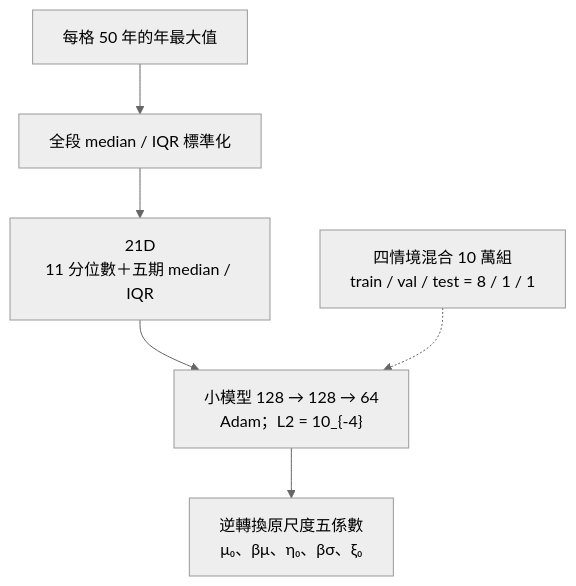
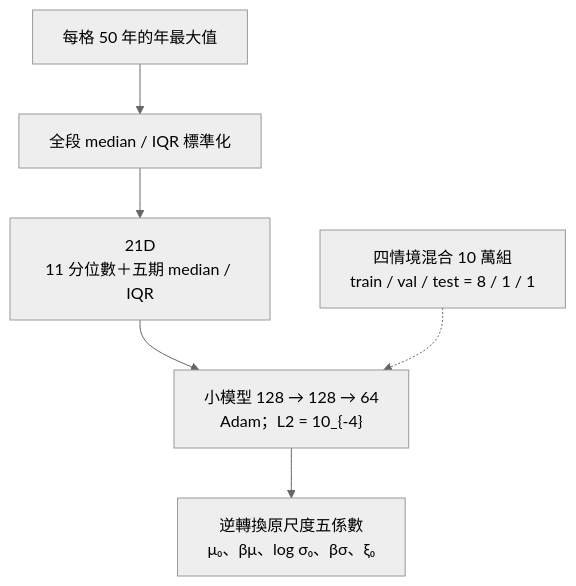
Before and after one commit to shu-ming0808/gev-use-nn: the third of 5 diagrams in README.md, drawn with Mermaid (neutral theme). The commit also changed other lines of this file and 8 other files, not shown here.

```diff
--- a/README.md
+++ b/README.md
@@ -160,8 +162,8 @@
 ~~~mermaid
 flowchart TD
     A["每格 50 年的年最大值"] --> B["全段 median / IQR 標準化"]
     B --> C["21D<br/>11 分位數＋五期 median / IQR"]
     C --> D["小模型 128 → 128 → 64<br/>Adam；L2 = 10_{-4}"]
     S["四情境混合 10 萬組<br/>train / val / test = 8 / 1 / 1"] -.-> D
-    D --> E["逆轉換原尺度五係數<br/>μ₀、βμ、η₀、βσ、ξ₀"]
+    D --> E["逆轉換原尺度五係數<br/>μ₀、βμ、log σ₀、βσ、ξ₀"]
 ~~~
```
